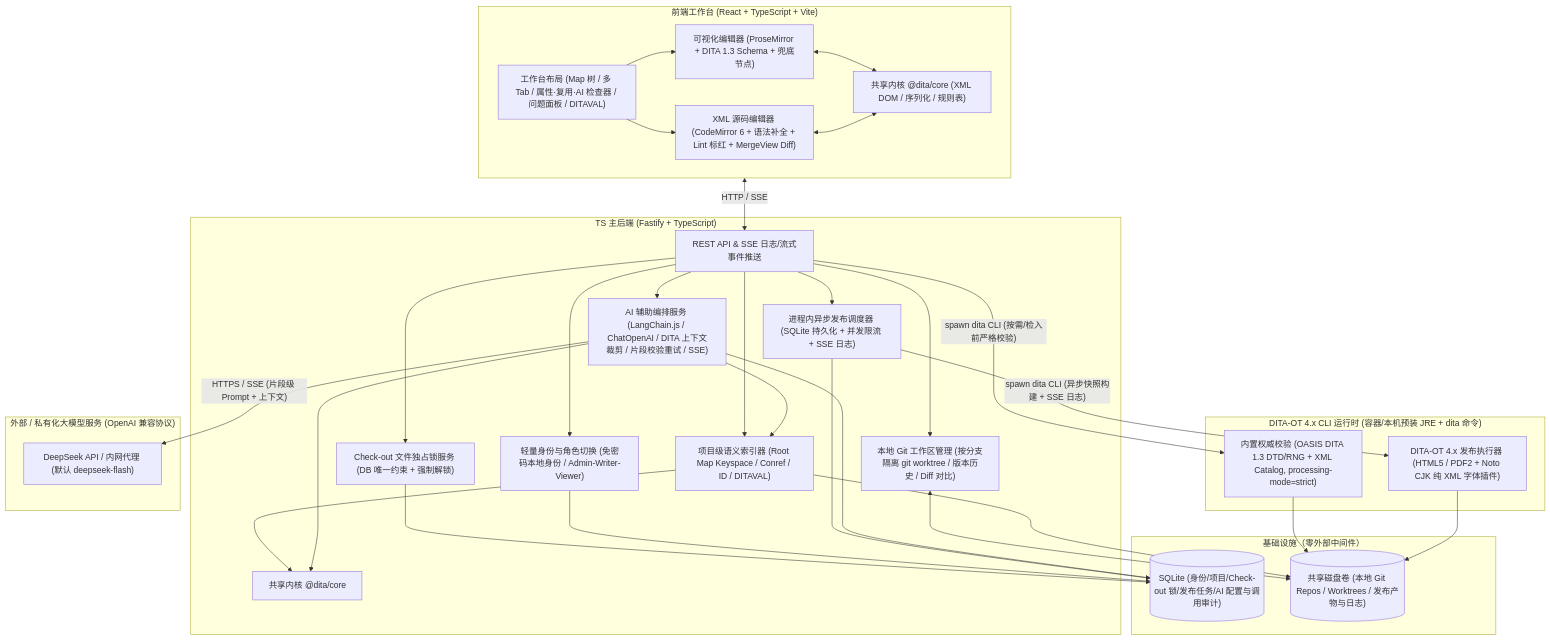
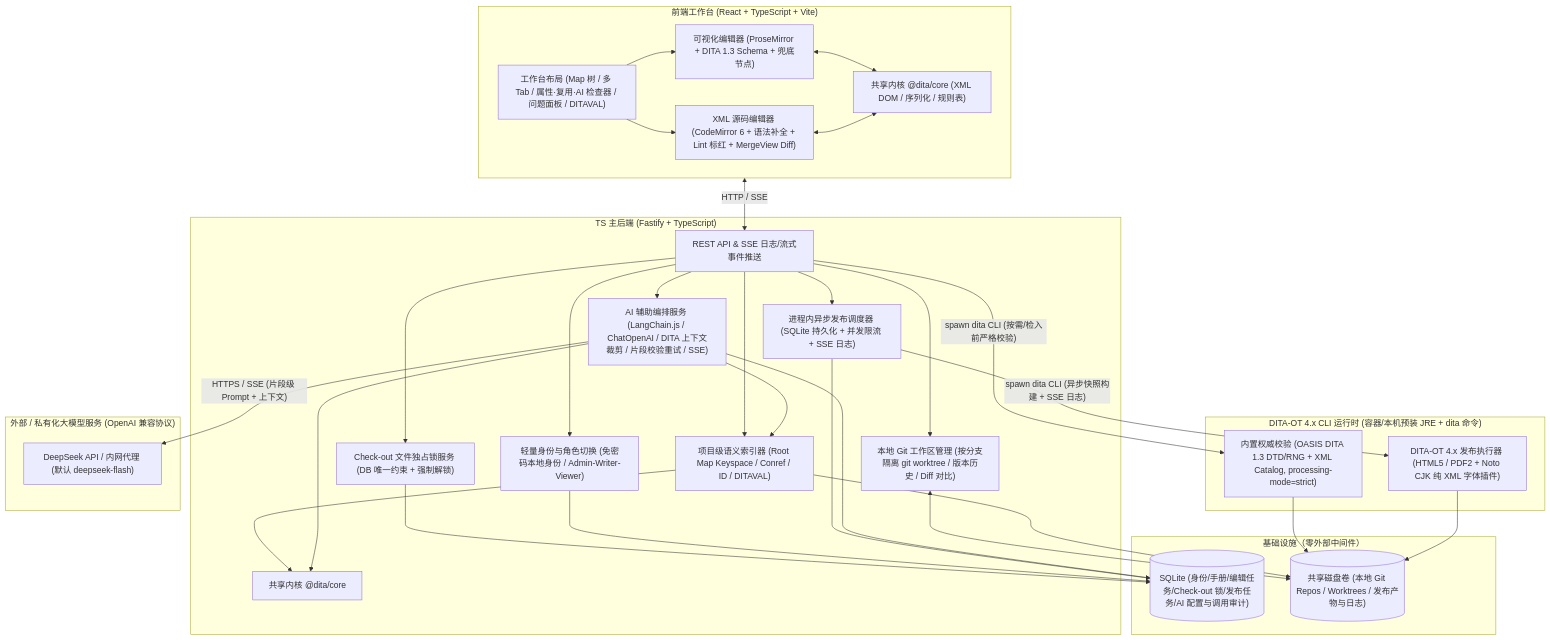
One commit to Ericfeng84/DITAEditor changed the first of 2 diagrams in docs/architecture-and-plan.md. Above: the diagram before and after it, drawn with Mermaid. The commit also changed other lines of this file and 90 other files, not shown here.

````diff
--- a/docs/architecture-and-plan.md
+++ b/docs/architecture-and-plan.md
@@ -33,60 +34,60 @@
 ```mermaid
 flowchart TB
     subgraph Client["前端工作台 (React + TypeScript + Vite)"]
         UI["工作台布局 (Map 树 / 多 Tab / 属性·复用·AI 检查器 / 问题面板 / DITAVAL)"]
         PM["可视化编辑器 (ProseMirror + DITA 1.3 Schema + 兜底节点)"]
         CM["XML 源码编辑器 (CodeMirror 6 + 语法补全 + Lint 标红 + MergeView Diff)"]
         CoreFE["共享内核 @dita/core (XML DOM / 序列化 / 规则表)"]
         UI --> PM
         UI --> CM
         PM <--> CoreFE
         CM <--> CoreFE
     end
 
     subgraph Server["TS 主后端 (Fastify + TypeScript)"]
         API["REST API & SSE 日志/流式事件推送"]
         Auth["轻量身份与角色切换 (免密码本地身份 / Admin-Writer-Viewer)"]
         Lock["Check-out 文件独占锁服务 (DB 唯一约束 + 强制解锁)"]
         GitMgr["本地 Git 工作区管理 (按分支隔离 git worktree / 版本历史 / Diff 对比)"]
         Indexer["项目级语义索引器 (Root Map Keyspace / Conref / ID / DITAVAL)"]
         Queue["进程内异步发布调度器 (SQLite 持久化 + 并发限流 + SSE 日志)"]
         AISvc["AI 辅助编排服务 (LangChain.js / ChatOpenAI / DITA 上下文裁剪 / 片段校验重试 / SSE)"]
         CoreBE["共享内核 @dita/core"]
         API --> Auth
         API --> Lock
         API --> GitMgr
         API --> Indexer
         API --> Queue
         API --> AISvc
         Indexer --> CoreBE
         AISvc --> CoreBE
         AISvc --> Indexer
     end
 
     subgraph DitaCLI["DITA-OT 4.x CLI 运行时 (容器/本机预装 JRE + dita 命令)"]
         ValSvc["内置权威校验 (OASIS DITA 1.3 DTD/RNG + XML Catalog, processing-mode=strict)"]
         PubSvc["DITA-OT 4.x 发布执行器 (HTML5 / PDF2 + Noto CJK 纯 XML 字体插件)"]
     end
 
     subgraph LLM["外部 / 私有化大模型服务 (OpenAI 兼容协议)"]
         DeepSeek["DeepSeek API / 内网代理 (默认 deepseek-flash)"]
     end
 
     subgraph Infra["基础设施（零外部中间件）"]
-        DB[("SQLite (身份/项目/Check-out 锁/发布任务/AI 配置与调用审计)")]
+        DB[("SQLite (身份/手册/编辑任务/Check-out 锁/发布任务/AI 配置与调用审计)")]
         FS[("共享磁盘卷 (本地 Git Repos / Worktrees / 发布产物与日志)")]
     end
 
     Client <-->|"HTTP / SSE"| API
     Lock --> DB
     Auth --> DB
     Queue --> DB
     AISvc --> DB
     AISvc -->|"HTTPS / SSE (片段级 Prompt + 上下文)"| DeepSeek
     GitMgr <--> FS
     Indexer --> FS
     API -->|"spawn dita CLI (按需/检入前严格校验)"| ValSvc
     Queue -->|"spawn dita CLI (异步快照构建 + SSE 日志)"| PubSvc
     ValSvc --> FS
     PubSvc --> FS
 ```
````
